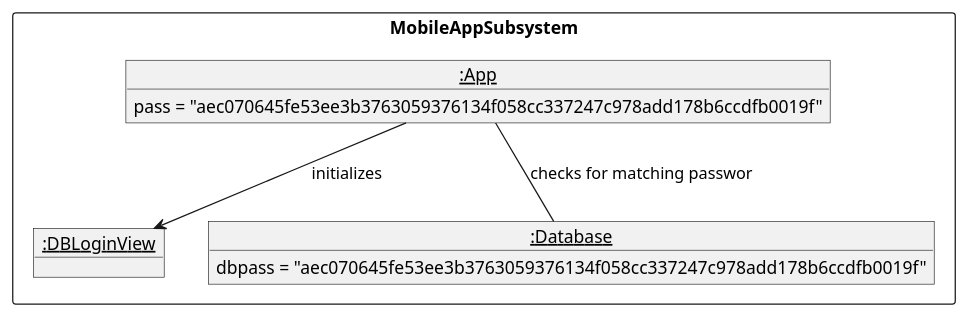
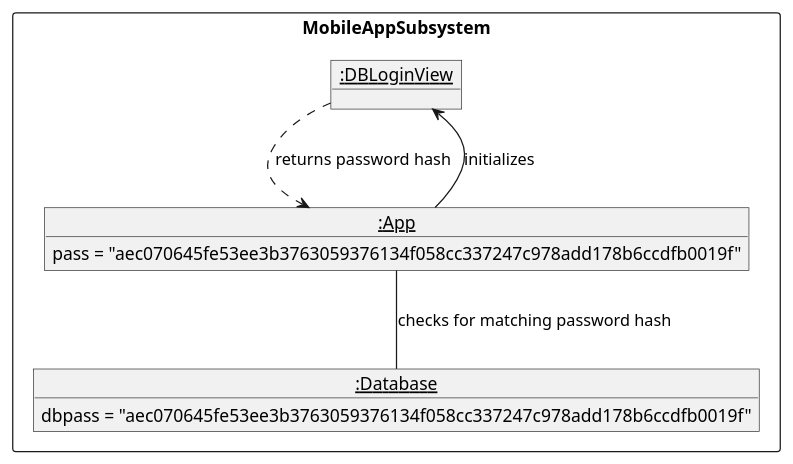
The diagram in docs/diag/group/o4.plantuml (gentmantan/cen4010groupproject), drawn with PlantUML before and after one commit. The commit also changed 1 other file, not shown here.

```diff
--- a/docs/diag/group/o4.plantuml
+++ b/docs/diag/group/o4.plantuml
@@ -1,17 +1,18 @@
 @startuml
 package MobileAppSubsystem <<rectangle>> {
         object "<u>:DBLoginView" as o1
         object "<u>:App" as o2
         object "<u>:Database" as o3
 }
 
 o2 : pass = "aec070645fe53ee3b3763059376134f058cc337247c978add178b6ccdfb0019f"
 o3 : dbpass = "aec070645fe53ee3b3763059376134f058cc337247c978add178b6ccdfb0019f"
 
 o2 --> o1 : initializes
-o2 -- o3 : checks for matching passwor
+o1 ..> o2 : returns password hash
+o2 -- o3 : checks for matching password hash
 'o1 "user \n interface" -- o2 : has reference to
 'o2 "owner" -- o3 : stores
 'o3 "parent" -- o4 : owns
 
 @enduml
```
